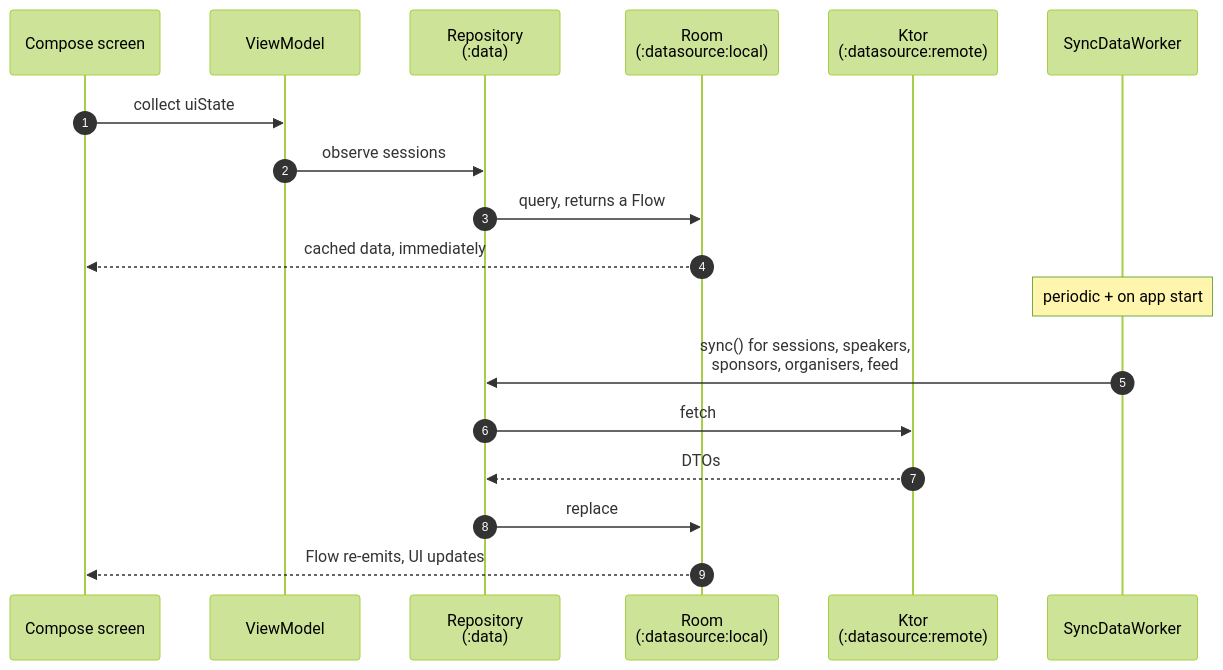
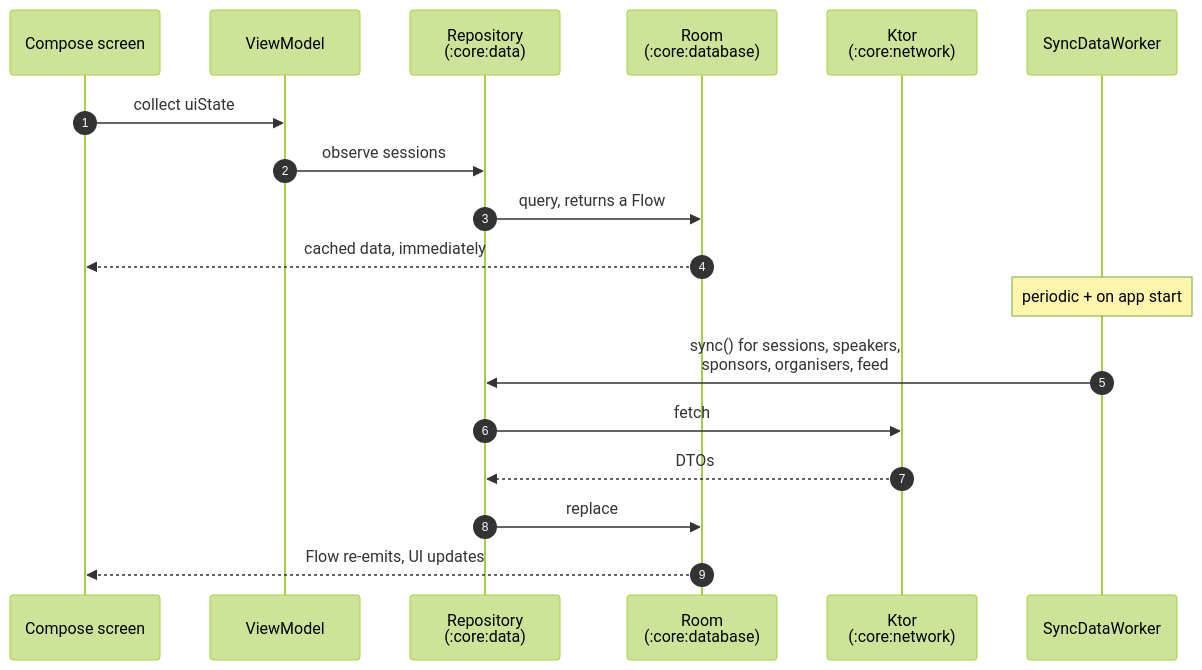
One commit to droidconKE/droidconKeKotlin changed the second of 2 diagrams in README.md. Above: the diagram before and after it, drawn with Mermaid (forest theme). The commit also changed other lines of this file and 294 other files, not shown here.

````diff
--- a/README.md
+++ b/README.md
@@ -147,22 +156,22 @@
 ```mermaid
 sequenceDiagram
     autonumber
     participant UI as Compose screen
     participant VM as ViewModel
-    participant Repo as Repository<br/>(:data)
-    participant Room as Room<br/>(:datasource:local)
-    participant Ktor as Ktor<br/>(:datasource:remote)
+    participant Repo as Repository<br/>(:core:data)
+    participant Room as Room<br/>(:core:database)
+    participant Ktor as Ktor<br/>(:core:network)
     participant Work as SyncDataWorker
 
     UI->>VM: collect uiState
     VM->>Repo: observe sessions
     Repo->>Room: query, returns a Flow
     Room-->>UI: cached data, immediately
 
     Note over Work: periodic + on app start
     Work->>Repo: sync() for sessions, speakers,<br/>sponsors, organisers, feed
     Repo->>Ktor: fetch
     Ktor-->>Repo: DTOs
     Repo->>Room: replace
     Room-->>UI: Flow re-emits, UI updates
 ```
````
